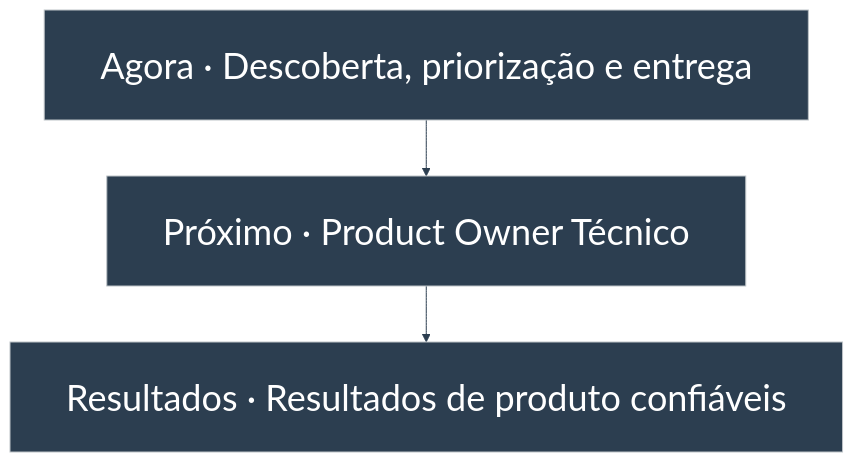
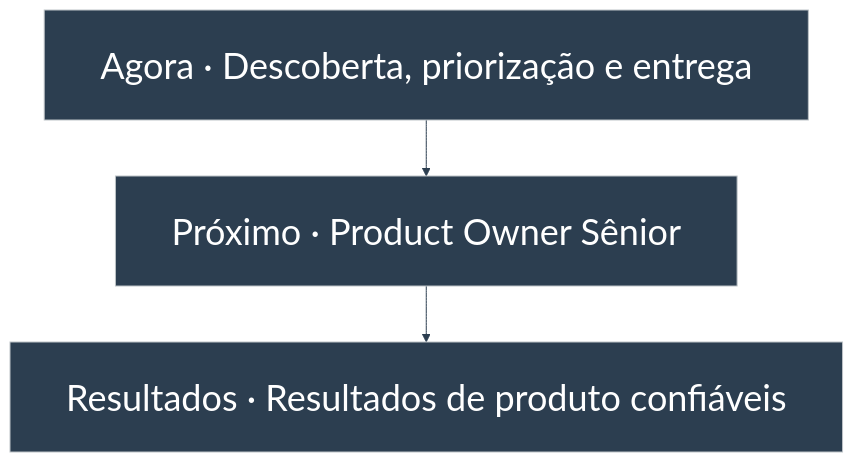
Before and after one commit to duducm2/my-personal-repo: diagram 17 of 21 in portfolio/mermaid/diagrams.md, drawn with Mermaid. The commit also changed other lines of this file and 19 other files, not shown here.

````diff
--- a/portfolio/mermaid/diagrams.md
+++ b/portfolio/mermaid/diagrams.md
@@ -302,8 +302,8 @@
 ```mermaid
 %%{init: {'theme': 'base', 'themeVariables': { 'primaryColor': '#2c3e50', 'primaryTextColor': '#fff', 'primaryBorderColor': '#bdc3c7', 'lineColor': '#2c3e50', 'fontFamily': 'Lato', 'fontSize': '36px'}, 'flowchart': {'padding': 28, 'rankSpacing': 56, 'wrappingWidth': 900}}}%%
 flowchart TB
   Now["Agora · Descoberta, priorização e entrega"]
-  Next["Próximo · Product Owner Técnico"]
+  Next["Próximo · Product Owner Sênior"]
   Seniors["Resultados · Resultados de produto confiáveis"]
   Now --> Next --> Seniors
 ```
````
